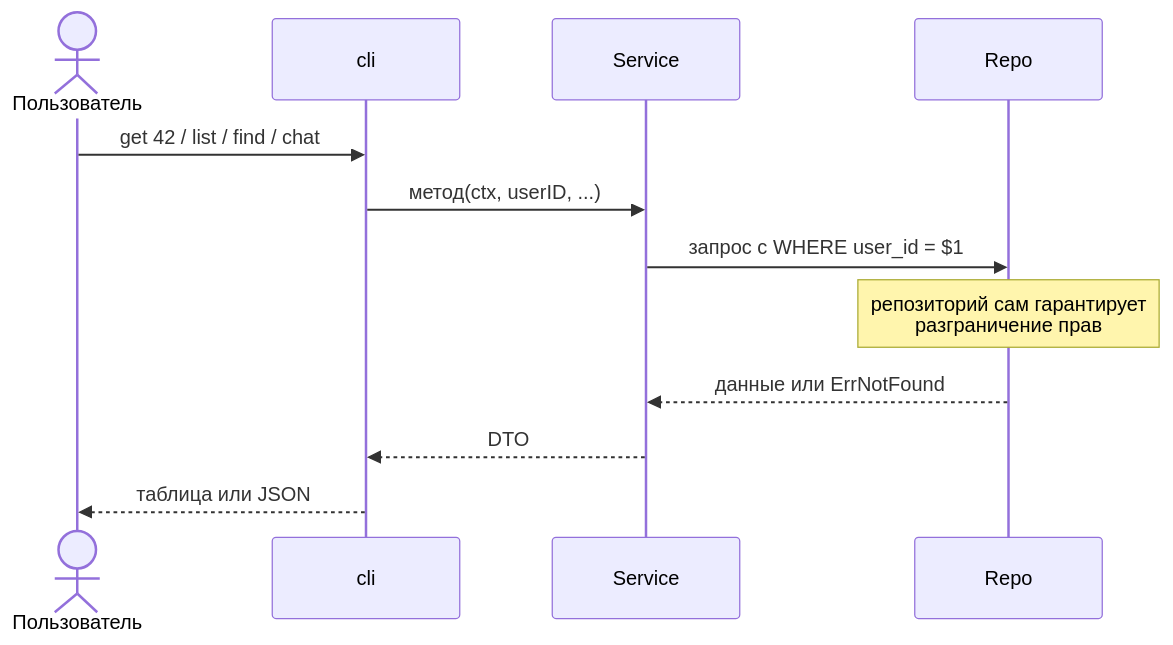
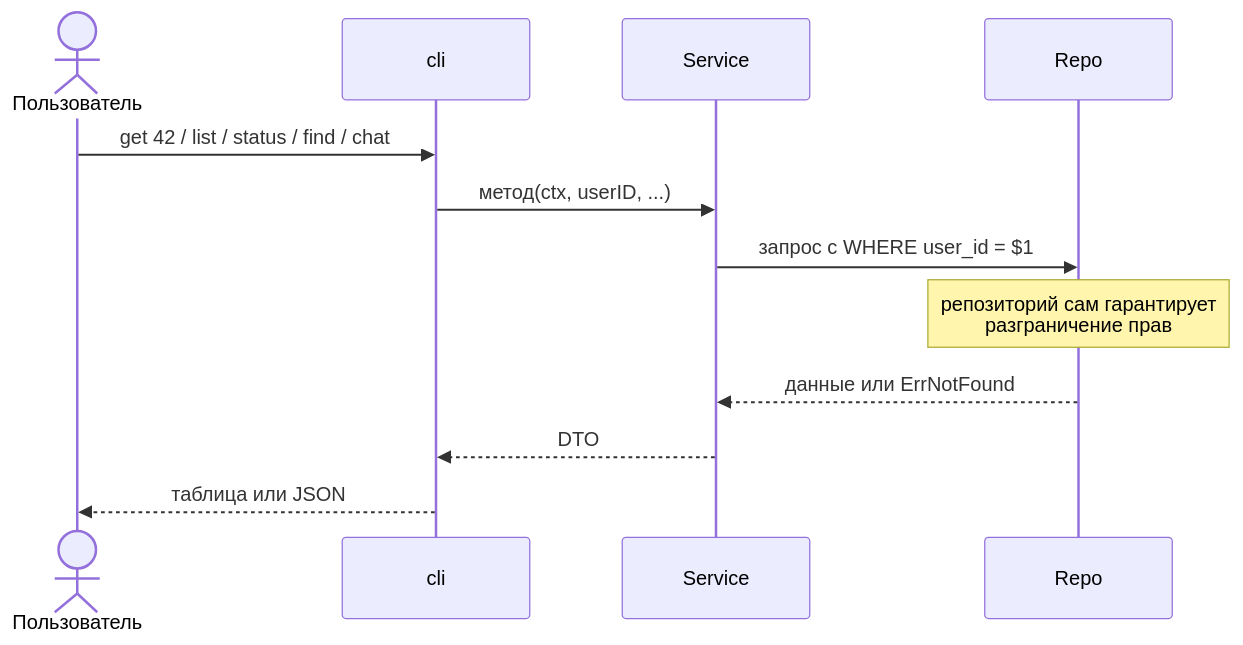
The fifth of 5 diagrams in docs/ARCHITECTURE.md (AlexeyKurlevsky/voice_assistant), drawn with Mermaid before and after one commit. The commit also changed other lines of this file and 18 other files, not shown here.

````diff
--- a/docs/ARCHITECTURE.md
+++ b/docs/ARCHITECTURE.md
@@ -192,15 +200,15 @@
 ```mermaid
 sequenceDiagram
     actor U as Пользователь
     participant CLI as cli
     participant SVC as Service
     participant R as Repo
 
-    U->>CLI: get 42 / list / find / chat
+    U->>CLI: get 42 / list / status / find / chat
     CLI->>SVC: метод(ctx, userID, ...)
     SVC->>R: запрос с WHERE user_id = $1
     Note over R: репозиторий сам гарантирует<br/>разграничение прав
     R-->>SVC: данные или ErrNotFound
     SVC-->>CLI: DTO
     CLI-->>U: таблица или JSON
 ```
````
